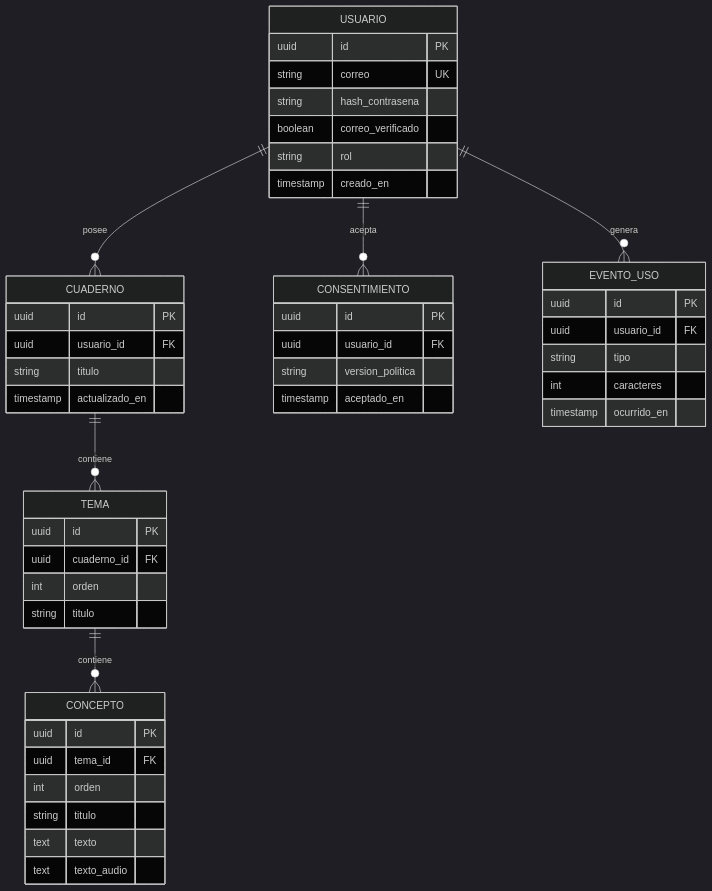
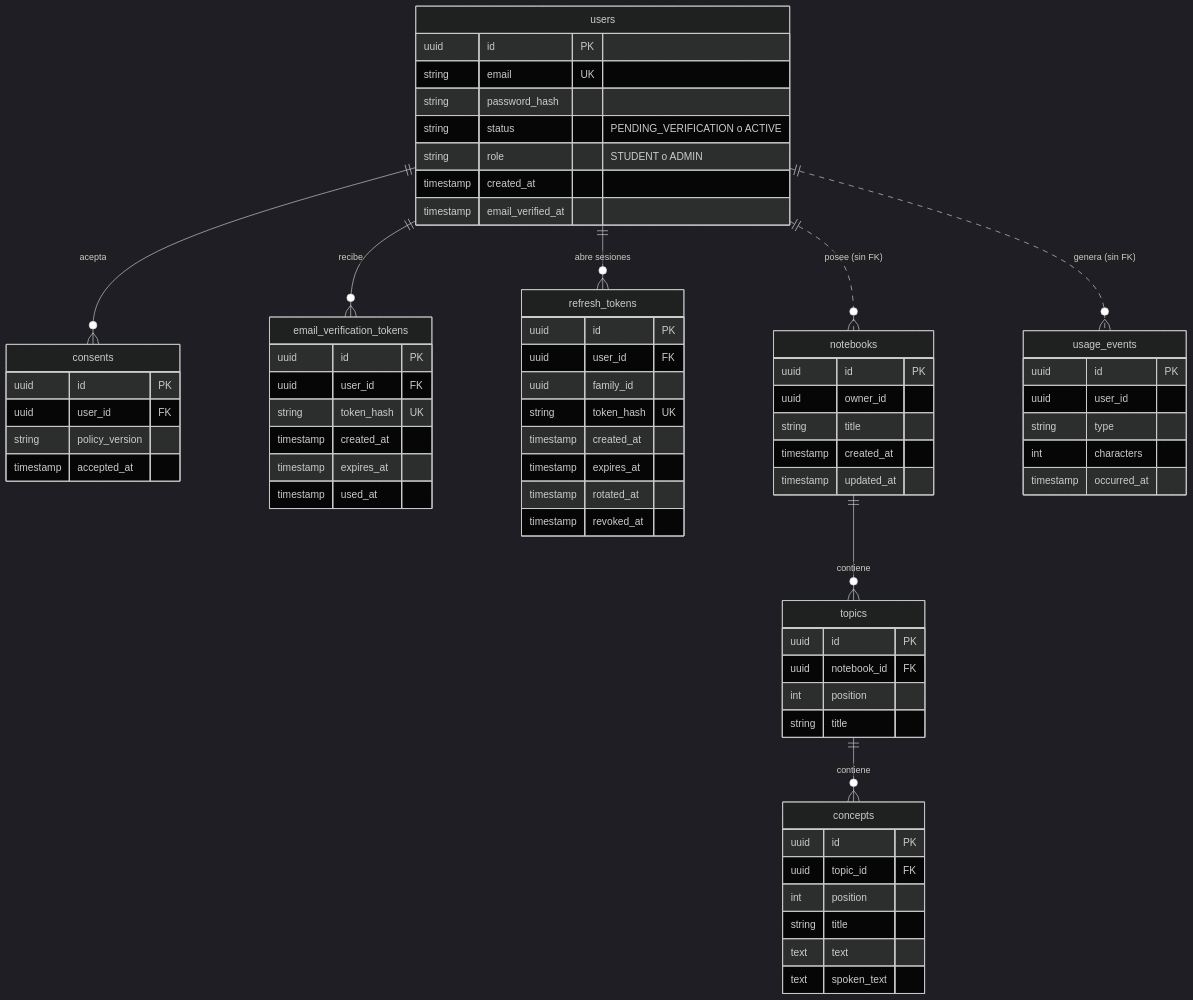
The second of 2 diagrams in docs/02_Alcance_y_Especificacion_de_Requisitos.md (cetremore26/podcuaderno), drawn with Mermaid (dark theme) before and after one commit. The commit also changed other lines of this file and 4 other files, not shown here.

Commit message:
docs: add sprint 1 sketches and align requirements and architecture

````diff
--- a/docs/02_Alcance_y_Especificacion_de_Requisitos.md
+++ b/docs/02_Alcance_y_Especificacion_de_Requisitos.md
@@ -224,50 +226,72 @@
 ```mermaid
 erDiagram
-    USUARIO ||--o{ CUADERNO : posee
-    USUARIO ||--o{ CONSENTIMIENTO : acepta
-    CUADERNO ||--o{ TEMA : contiene
-    TEMA ||--o{ CONCEPTO : contiene
-    USUARIO ||--o{ EVENTO_USO : genera
+    users ||--o{ consents : "acepta"
+    users ||--o{ email_verification_tokens : "recibe"
+    users ||--o{ refresh_tokens : "abre sesiones"
+    users ||..o{ notebooks : "posee (sin FK)"
+    users ||..o{ usage_events : "genera (sin FK)"
+    notebooks ||--o{ topics : "contiene"
+    topics ||--o{ concepts : "contiene"
 
-    USUARIO {
+    users {
         uuid id PK
-        string correo UK
-        string hash_contrasena
-        boolean correo_verificado
-        string rol
-        timestamp creado_en
+        string email UK
+        string password_hash
+        string status "PENDING_VERIFICATION o ACTIVE"
+        string role "STUDENT o ADMIN"
+        timestamp created_at
+        timestamp email_verified_at
     }
-    CONSENTIMIENTO {
+    consents {
         uuid id PK
-        uuid usuario_id FK
-        string version_politica
-        timestamp aceptado_en
+        uuid user_id FK
+        string policy_version
+        timestamp accepted_at
     }
-    CUADERNO {
+    email_verification_tokens {
         uuid id PK
-        uuid usuario_id FK
-        string titulo
-        timestamp actualizado_en
+        uuid user_id FK
+        string token_hash UK
+        timestamp created_at
+        timestamp expires_at
+        timestamp used_at
     }
-    TEMA {
+    refresh_tokens {
         uuid id PK
-        uuid cuaderno_id FK
-        int orden
-        string titulo
+        uuid user_id FK
+        uuid family_id
+        string token_hash UK
+        timestamp created_at
+        timestamp expires_at
+        timestamp rotated_at
+        timestamp revoked_at
     }
-    CONCEPTO {
+    notebooks {
         uuid id PK
-        uuid tema_id FK
-        int orden
-        string titulo
-        text texto
-        text texto_audio
+        uuid owner_id
+        string title
+        timestamp created_at
+        timestamp updated_at
     }
-    EVENTO_USO {
+    topics {
         uuid id PK
-        uuid usuario_id FK
-        string tipo
-        int caracteres
-        timestamp ocurrido_en
+        uuid notebook_id FK
+        int position
+        string title
+    }
+    concepts {
+        uuid id PK
+        uuid topic_id FK
+        int position
+        string title
+        text text
+        text spoken_text
+    }
+    usage_events {
+        uuid id PK
+        uuid user_id
+        string type
+        int characters
+        timestamp occurred_at
     }
 ```
````
